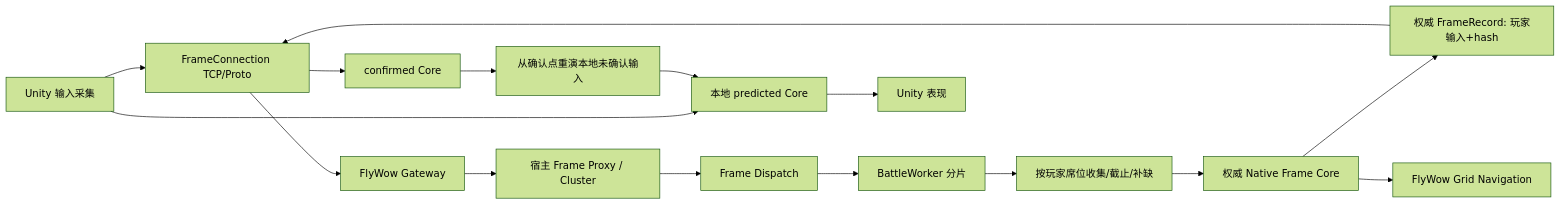
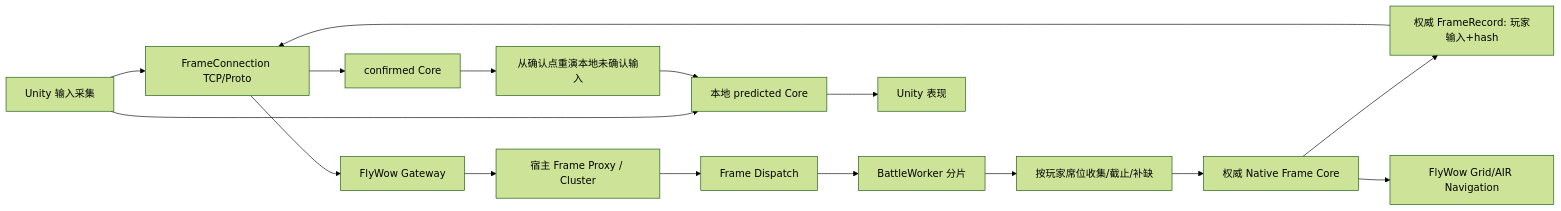
One commit to simbiwu/skynet-battle-navigation-commercial-learning changed the diagram in docs/Skynet_BattleNavigation第三课_帧同步版_实操.md. Above: the diagram before and after it, drawn with Mermaid (forest theme). The commit also changed other lines of this file and 2 other files, not shown here.

````diff
--- a/docs/Skynet_BattleNavigation第三课_帧同步版_实操.md
+++ b/docs/Skynet_BattleNavigation第三课_帧同步版_实操.md
@@ -21,18 +21,18 @@
 ```mermaid
 flowchart LR
     A[Unity 输入采集] --> B[本地 predicted Core]
     A --> C[FrameConnection TCP/Proto]
     C --> D[FlyWow Gateway]
     D --> E[宿主 Frame Proxy / Cluster]
     E --> F[Frame Dispatch]
     F --> G[BattleWorker 分片]
     G --> H[按玩家席位收集/截止/补缺]
     H --> I[权威 Native Frame Core]
     I --> J[权威 FrameRecord: 玩家输入+hash]
     J --> C
     C --> K[confirmed Core]
     K --> L[从确认点重演本地未确认输入]
     L --> B
     B --> M[Unity 表现]
-    I --> N[FlyWow Grid Navigation]
+    I --> N[FlyWow Grid/AIR Navigation]
 ```
````
